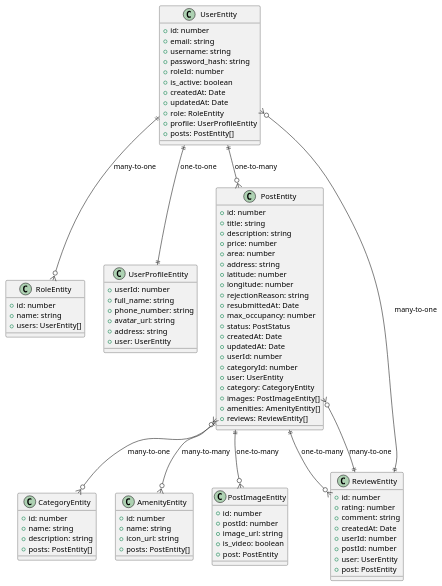
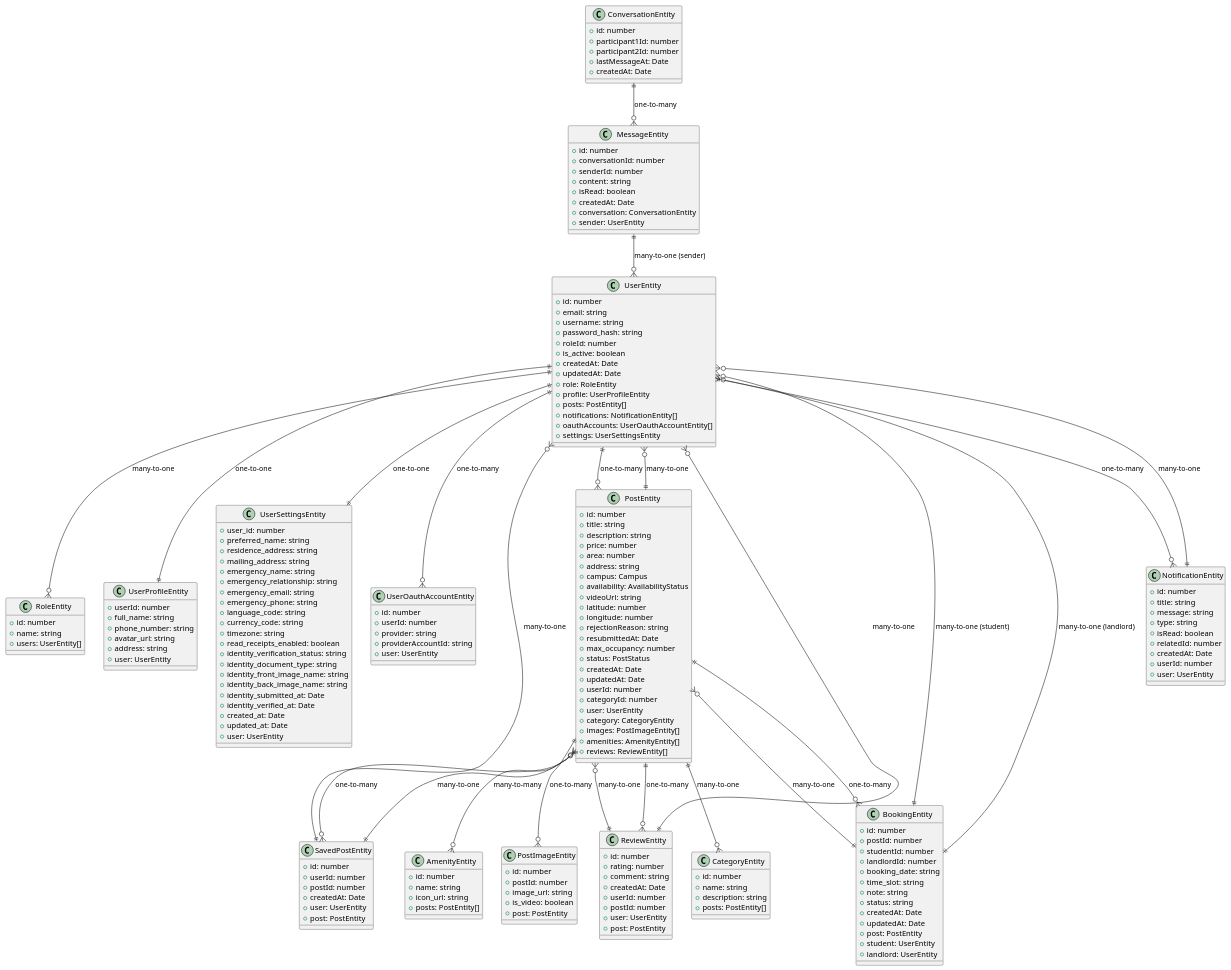
One commit to YueTruong/VLURentingProject changed the diagram in entity-relationship-diagram.puml. Above: the diagram before and after it, drawn with PlantUML. The commit also changed other lines of this file and 17 other files, not shown here.

```diff
--- a/entity-relationship-diagram.puml
+++ b/entity-relationship-diagram.puml
@@ -1,4 +1,6 @@
 @startuml Entity Relationship Diagram
+
+' ======================== USER & AUTH ENTITIES ========================
 
 class UserEntity {
   +id: number
@@ -12,6 +14,9 @@
   +role: RoleEntity
   +profile: UserProfileEntity
   +posts: PostEntity[]
+  +notifications: NotificationEntity[]
+  +oauthAccounts: UserOauthAccountEntity[]
+  +settings: UserSettingsEntity
 }
 
 class RoleEntity {
@@ -29,6 +34,40 @@
   +user: UserEntity
 }
 
+class UserSettingsEntity {
+  +user_id: number
+  +preferred_name: string
+  +residence_address: string
+  +mailing_address: string
+  +emergency_name: string
+  +emergency_relationship: string
+  +emergency_email: string
+  +emergency_phone: string
+  +language_code: string
+  +currency_code: string
+  +timezone: string
+  +read_receipts_enabled: boolean
+  +identity_verification_status: string
+  +identity_document_type: string
+  +identity_front_image_name: string
+  +identity_back_image_name: string
+  +identity_submitted_at: Date
+  +identity_verified_at: Date
+  +created_at: Date
+  +updated_at: Date
+  +user: UserEntity
+}
+
+class UserOauthAccountEntity {
+  +id: number
+  +userId: number
+  +provider: string
+  +providerAccountId: string
+  +user: UserEntity
+}
+
+' ======================== POST ENTITIES ========================
+
 class PostEntity {
   +id: number
   +title: string
@@ -36,6 +75,9 @@
   +price: number
   +area: number
   +address: string
+  +campus: Campus
+  +availability: AvailabilityStatus
+  +videoUrl: string
   +latitude: number
   +longitude: number
   +rejectionReason: string
@@ -86,14 +128,105 @@
   +post: PostEntity
 }
 
+class SavedPostEntity {
+  +id: number
+  +userId: number
+  +postId: number
+  +createdAt: Date
+  +user: UserEntity
+  +post: PostEntity
+}
+
+' ======================== BOOKING ENTITIES ========================
+
+class BookingEntity {
+  +id: number
+  +postId: number
+  +studentId: number
+  +landlordId: number
+  +booking_date: string
+  +time_slot: string
+  +note: string
+  +status: string
+  +createdAt: Date
+  +updatedAt: Date
+  +post: PostEntity
+  +student: UserEntity
+  +landlord: UserEntity
+}
+
+' ======================== NOTIFICATION ENTITIES ========================
+
+class NotificationEntity {
+  +id: number
+  +title: string
+  +message: string
+  +type: string
+  +isRead: boolean
+  +relatedId: number
+  +createdAt: Date
+  +userId: number
+  +user: UserEntity
+}
+
+' ======================== CHAT ENTITIES ========================
+
+class ConversationEntity {
+  +id: number
+  +participant1Id: number
+  +participant2Id: number
+  +lastMessageAt: Date
+  +createdAt: Date
+}
+
+class MessageEntity {
+  +id: number
+  +conversationId: number
+  +senderId: number
+  +content: string
+  +isRead: boolean
+  +createdAt: Date
+  +conversation: ConversationEntity
+  +sender: UserEntity
+}
+
+' ======================== RELATIONSHIPS ========================
+
+' User relationships
 UserEntity ||--o{ RoleEntity : "many-to-one"
 UserEntity ||--|| UserProfileEntity : "one-to-one"
 UserEntity ||--o{ PostEntity : "one-to-many"
+UserEntity ||--o{ NotificationEntity : "one-to-many"
+UserEntity ||--|| UserSettingsEntity : "one-to-one"
+UserEntity ||--o{ UserOauthAccountEntity : "one-to-many"
+
+' Post relationships
 PostEntity ||--o{ CategoryEntity : "many-to-one"
+PostEntity ||--o{ UserEntity : "many-to-one"
 PostEntity ||--o{ PostImageEntity : "one-to-many"
+PostEntity }o--o{ AmenityEntity : "many-to-many"
 PostEntity ||--o{ ReviewEntity : "one-to-many"
-PostEntity }o--o{ AmenityEntity : "many-to-many"
+PostEntity ||--o{ SavedPostEntity : "one-to-many"
+PostEntity ||--o{ BookingEntity : "one-to-many"
+
+' Review relationships
 ReviewEntity ||--o{ UserEntity : "many-to-one"
 ReviewEntity ||--o{ PostEntity : "many-to-one"
 
+' Booking relationships
+BookingEntity ||--o{ PostEntity : "many-to-one"
+BookingEntity ||--o{ UserEntity : "many-to-one (student)"
+BookingEntity ||--o{ UserEntity : "many-to-one (landlord)"
+
+' Saved post relationships
+SavedPostEntity ||--o{ UserEntity : "many-to-one"
+SavedPostEntity ||--o{ PostEntity : "many-to-one"
+
+' Notification relationships
+NotificationEntity ||--o{ UserEntity : "many-to-one"
+
+' Chat relationships
+ConversationEntity ||--o{ MessageEntity : "one-to-many"
+MessageEntity ||--o{ UserEntity : "many-to-one (sender)"
+
 @enduml
```
